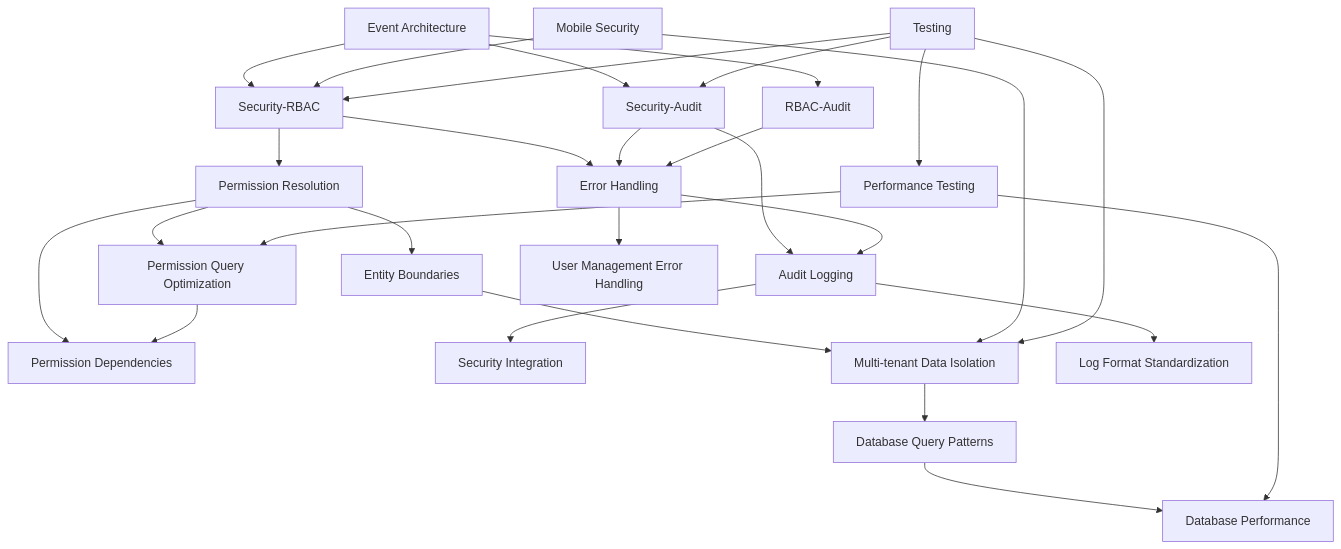
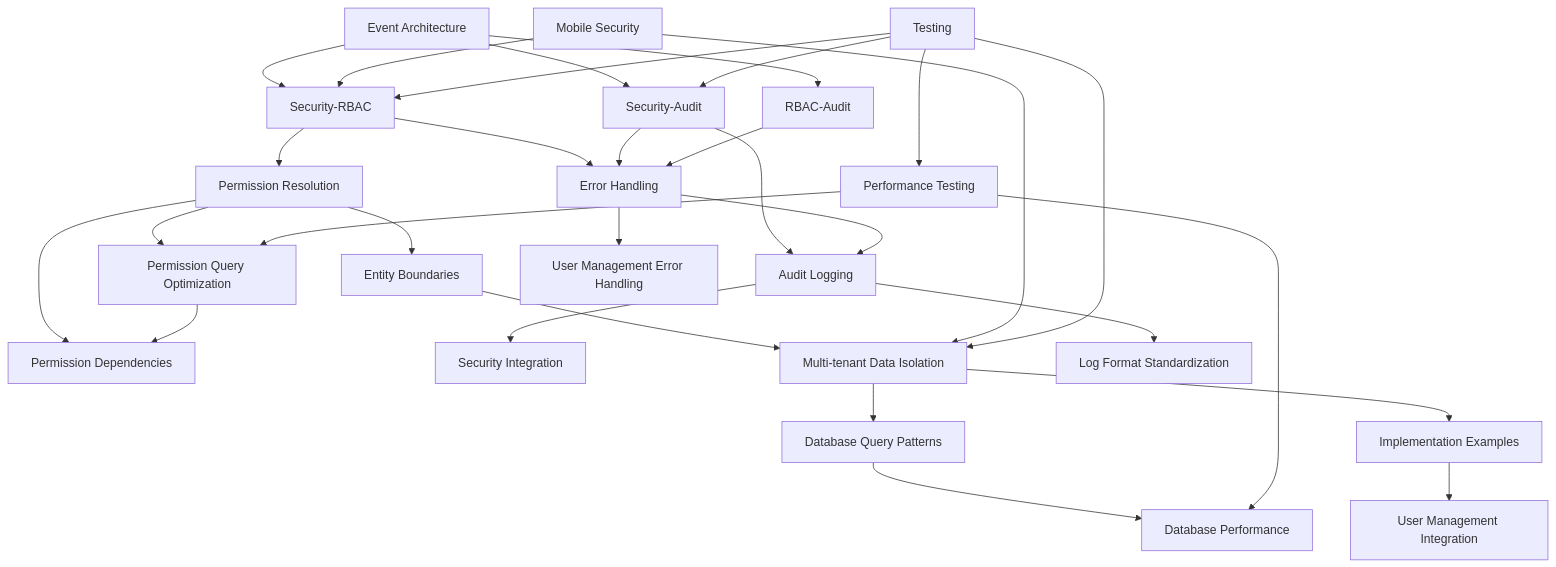
The diagram in src/docs/integration/DOCUMENTATION_MAP.md (tesfayekb/core-base), drawn with Mermaid before and after one commit. The commit also changed other lines of this file and 3 other files, not shown here.

First line of the commit message:
Fix: Complete multi-tenant implementation examples

````diff
--- a/src/docs/integration/DOCUMENTATION_MAP.md
+++ b/src/docs/integration/DOCUMENTATION_MAP.md
@@ -65,30 +68,32 @@
 ```mermaid
 graph TD
     A[Event Architecture] --> B[Security-RBAC]
     A --> C[Security-Audit]
     A --> D[RBAC-Audit]
     B --> E[Permission Resolution]
     C --> F[Audit Logging]
     B --> G[Error Handling]
     C --> G
     D --> G
     E --> H[Permission Query Optimization]
     E --> L[Permission Dependencies]
     F --> I[Security Integration]
     E --> J[Entity Boundaries]
     J --> K[Multi-tenant Data Isolation]
     K --> M[Database Query Patterns]
     M --> N[Database Performance]
+    K --> T[Implementation Examples]
+    T --> U[User Management Integration]
     H --> L
     G --> F
     F --> O[Log Format Standardization]
     G --> P[User Management Error Handling]
     Q[Mobile Security] --> B
     Q --> K
     R[Testing] --> B
     R --> C
     R --> K
     R --> S[Performance Testing]
     S --> N
     S --> H
 ```
````
